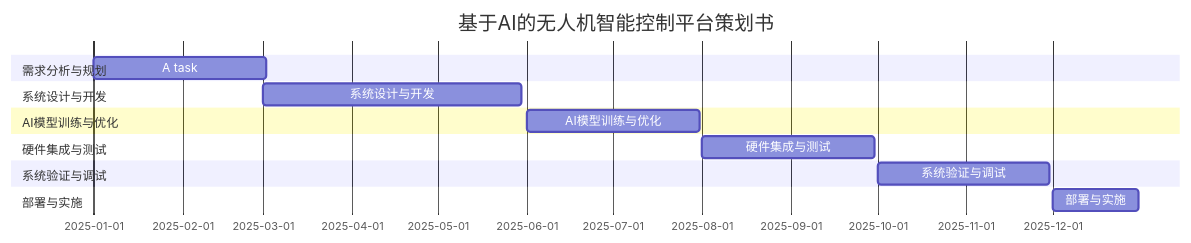
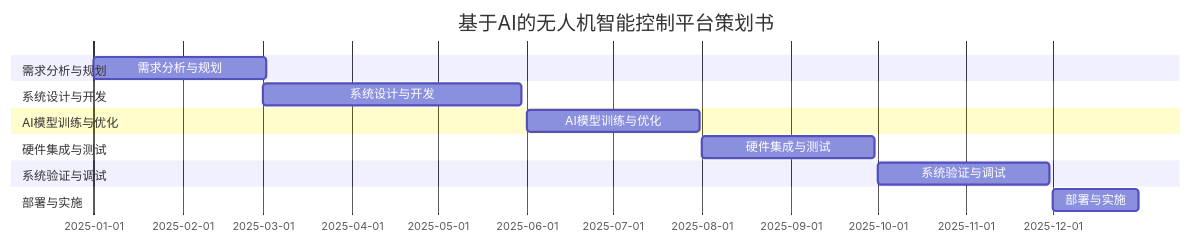
One commit to libobo6/iodraw-files changed the diagram in all/代码甘特图.md. Above: the diagram before and after it, drawn with Mermaid.

Commit message:
2025-01-14 10:58:50 update

````diff
--- a/all/代码甘特图.md
+++ b/all/代码甘特图.md
@@ -1,17 +1,17 @@
 ```mermaid
 gantt
     title 基于AI的无人机智能控制平台策划书
     dateFormat  YYYY-MM-DD
     section 需求分析与规划
-    A task           :2025-01-01, 60d
+    需求分析与规划           :2025-01-01, 60d
     section 系统设计与开发
     系统设计与开发      :2025-03-01, 90d
     section AI模型训练与优化
     AI模型训练与优化     :2025-06-01  , 60d
     section 硬件集成与测试
     硬件集成与测试     :2025-08-01  , 60d
     section 系统验证与调试
     系统验证与调试     :2025-10-01  , 60d
     section 部署与实施
     部署与实施      :2025-12-01  , 30d
 ```
````
